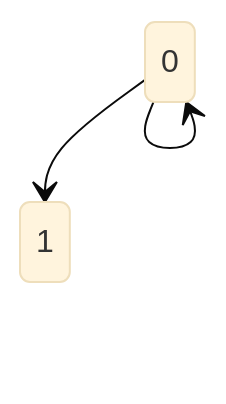
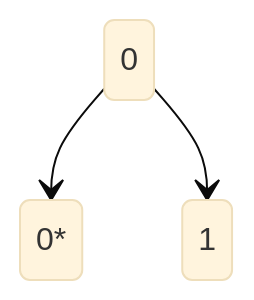
One commit to NikitaDavydov11/FirstRepository changed the first of 2 diagrams in ЕГЭ.md. Above: the diagram before and after it, drawn with Mermaid (base theme).

````diff
--- a/ЕГЭ.md
+++ b/ЕГЭ.md
@@ -19,6 +19,6 @@
 ``` mermaid
 stateDiagram-v2
-    0--> 0
+    0--> 0*
     0 --> 1
 
 ```
````
